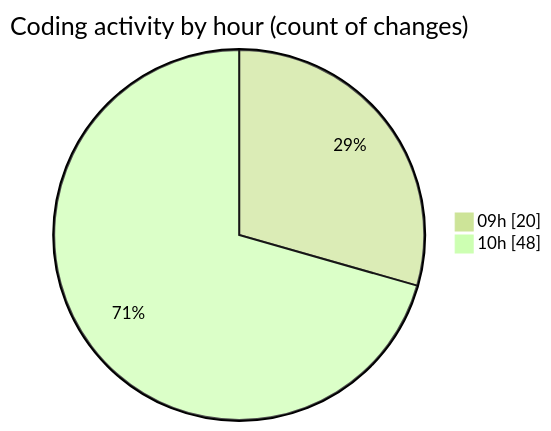
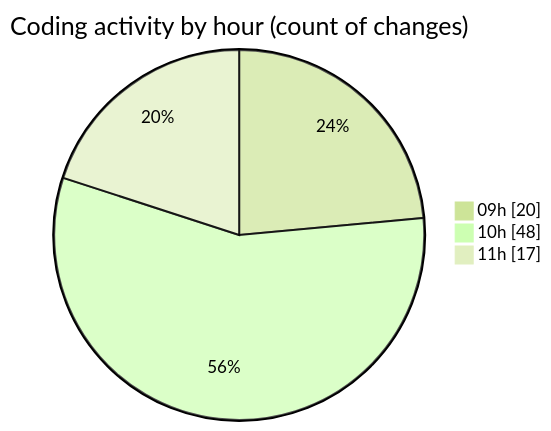
The second of 2 diagrams in 2025-03-19/peregrino-web/README.md (robertbonfada/code-tracking), drawn with Mermaid (forest theme) before and after one commit. The commit also changed other lines of this file and 1 other file, not shown here.

````diff
--- a/2025-03-19/peregrino-web/README.md
+++ b/2025-03-19/peregrino-web/README.md
@@ -42,6 +43,7 @@
 ```mermaid
 pie showData
 title Coding activity by hour (count of changes)
 "09h" : 20
 "10h" : 48
+"11h" : 17
 ```
````
